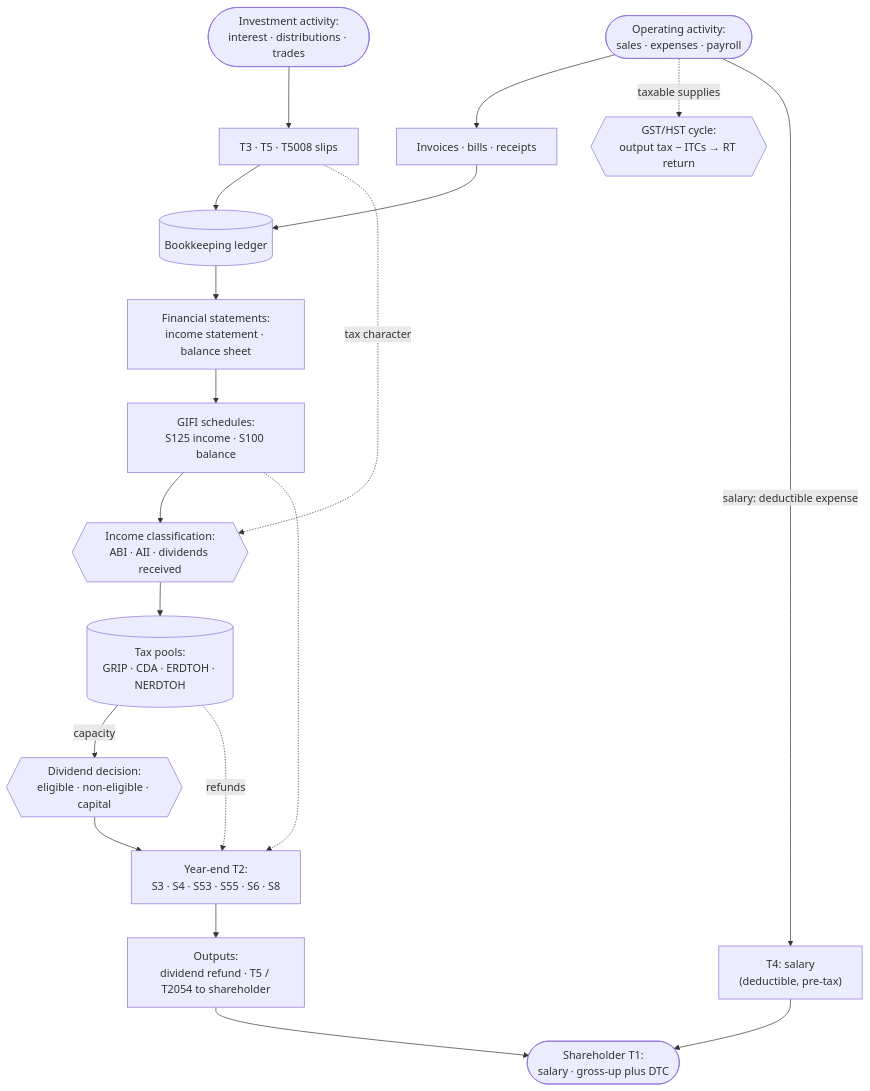
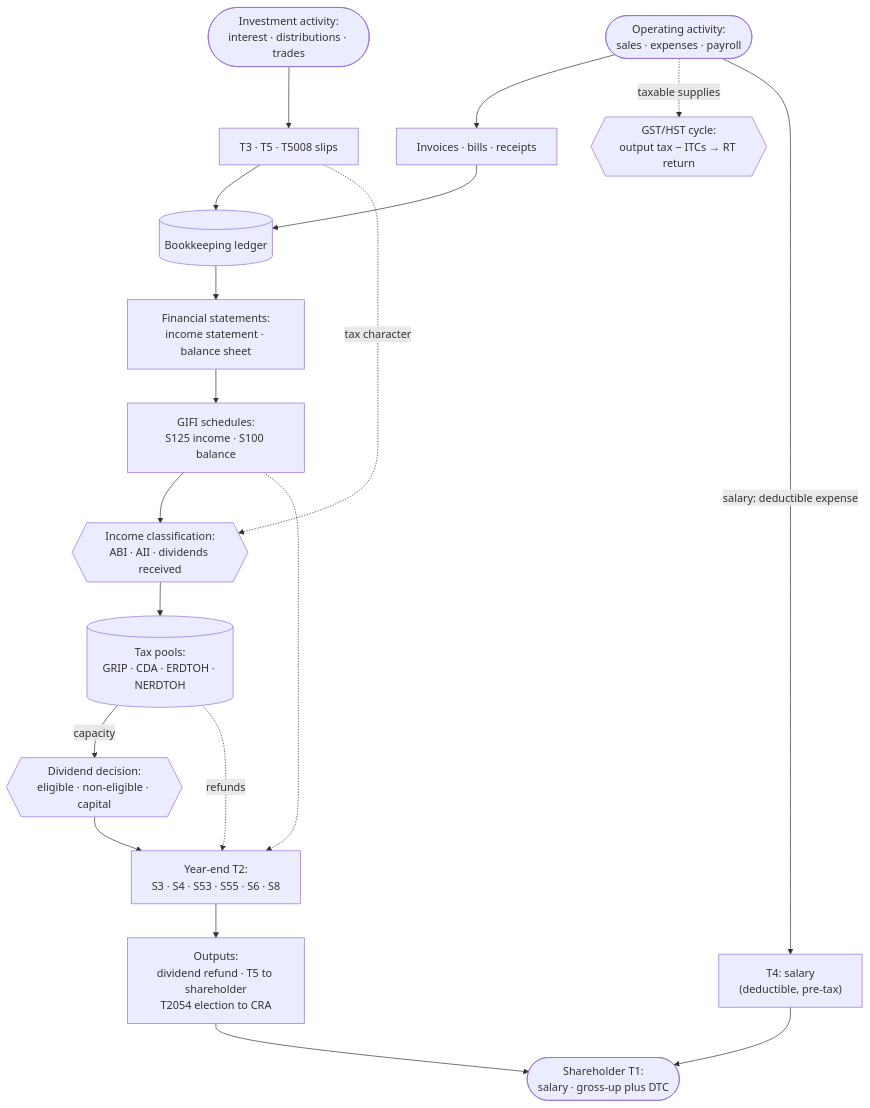
The first of 4 diagrams in guide/Overview/Concept-Map.md (alexoooo/canadian-corp-info), drawn with Mermaid before and after one commit. The commit also changed other lines of this file and 74 other files, not shown here.

````diff
--- a/guide/Overview/Concept-Map.md
+++ b/guide/Overview/Concept-Map.md
@@ -29,30 +29,30 @@
 ```mermaid
 flowchart TB
     OPS(["Operating activity:<br/>sales · expenses · payroll"])
     INV(["Investment activity:<br/>interest · distributions · trades"])
     BILLS["Invoices · bills · receipts"]
     DOC["T3 · T5 · T5008 slips"]
     GST{{"GST/HST cycle:<br/>output tax − ITCs → RT return"}}
     GL[("Bookkeeping ledger")]
     FS["Financial statements:<br/>income statement · balance sheet"]
     GIFI["GIFI schedules:<br/>S125 income · S100 balance"]
     CLASS{{"Income classification:<br/>ABI · AII · dividends received"}}
     POOLS[("Tax pools:<br/>GRIP · CDA · ERDTOH · NERDTOH")]
     SAL["T4: salary<br/>(deductible, pre-tax)"]
     DEC{{"Dividend decision:<br/>eligible · non-eligible · capital"}}
     T2["Year-end T2:<br/>S3 · S4 · S53 · S55 · S6 · S8"]
-    OUT["Outputs:<br/>dividend refund · T5 / T2054 to shareholder"]
+    OUT["Outputs:<br/>dividend refund · T5 to shareholder<br/>T2054 election to CRA"]
     T1(["Shareholder T1:<br/>salary · gross-up plus DTC"])
 
     OPS --> BILLS --> GL
     INV --> DOC --> GL
     OPS -.->|taxable supplies| GST
     OPS -->|salary: deductible expense| SAL
     GL --> FS --> GIFI --> CLASS --> POOLS
     DOC -.->|tax character| CLASS
     POOLS -->|capacity| DEC
     DEC --> T2 --> OUT --> T1
     SAL --> T1
     GIFI -.-> T2
     POOLS -.->|refunds| T2
 ```
````
